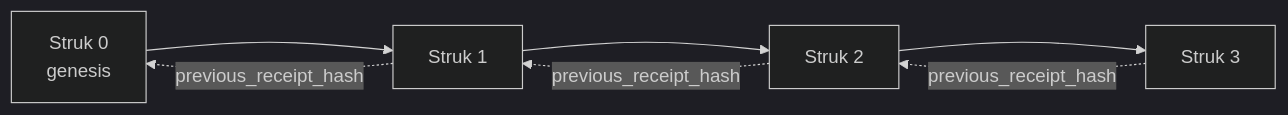
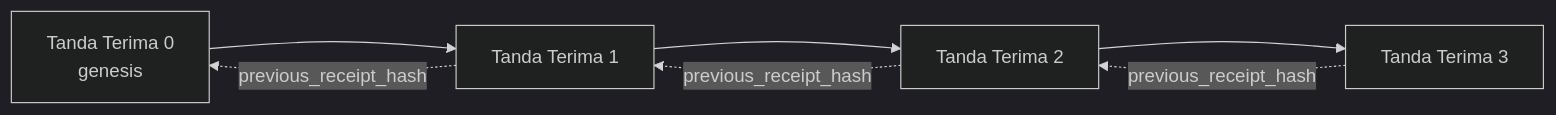
The second of 2 diagrams in translations/id/18-securing-ai-agents/README.md (microsoft/ai-agents-for-beginners), drawn with Mermaid (dark theme) before and after one commit. The commit also changed other lines of this file and 222 other files, not shown here.

````diff
--- a/translations/id/18-securing-ai-agents/README.md
+++ b/translations/id/18-securing-ai-agents/README.md
@@ -206,9 +206,9 @@
 ```mermaid
 flowchart LR
-    R0[Struk 0<br/>genesis] --> R1[Struk 1]
-    R1 --> R2[Struk 2]
-    R2 --> R3[Struk 3]
+    R0[Tanda Terima 0<br/>genesis] --> R1[Tanda Terima 1]
+    R1 --> R2[Tanda Terima 2]
+    R2 --> R3[Tanda Terima 3]
     R1 -. previous_receipt_hash .-> R0
     R2 -. previous_receipt_hash .-> R1
     R3 -. previous_receipt_hash .-> R2
 ```
````
